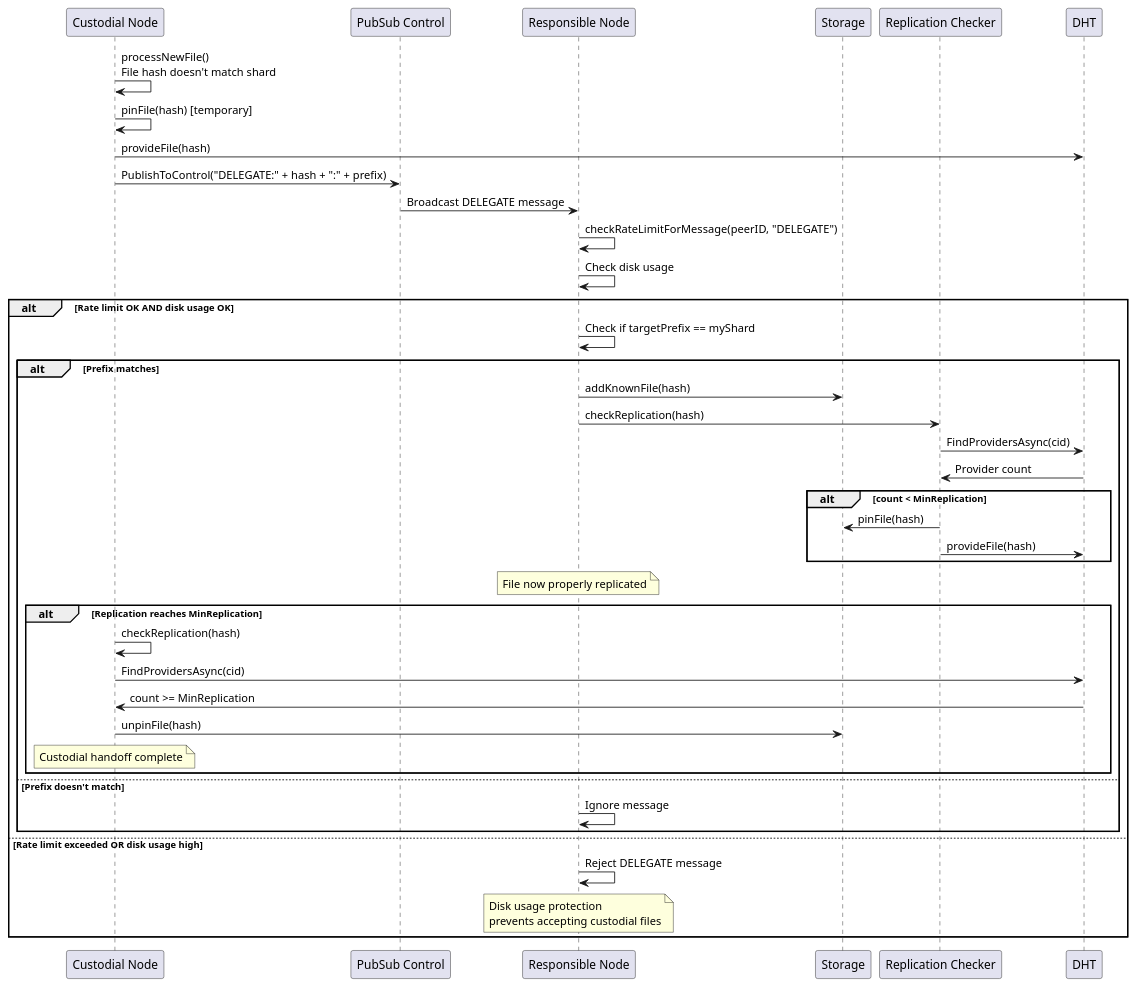
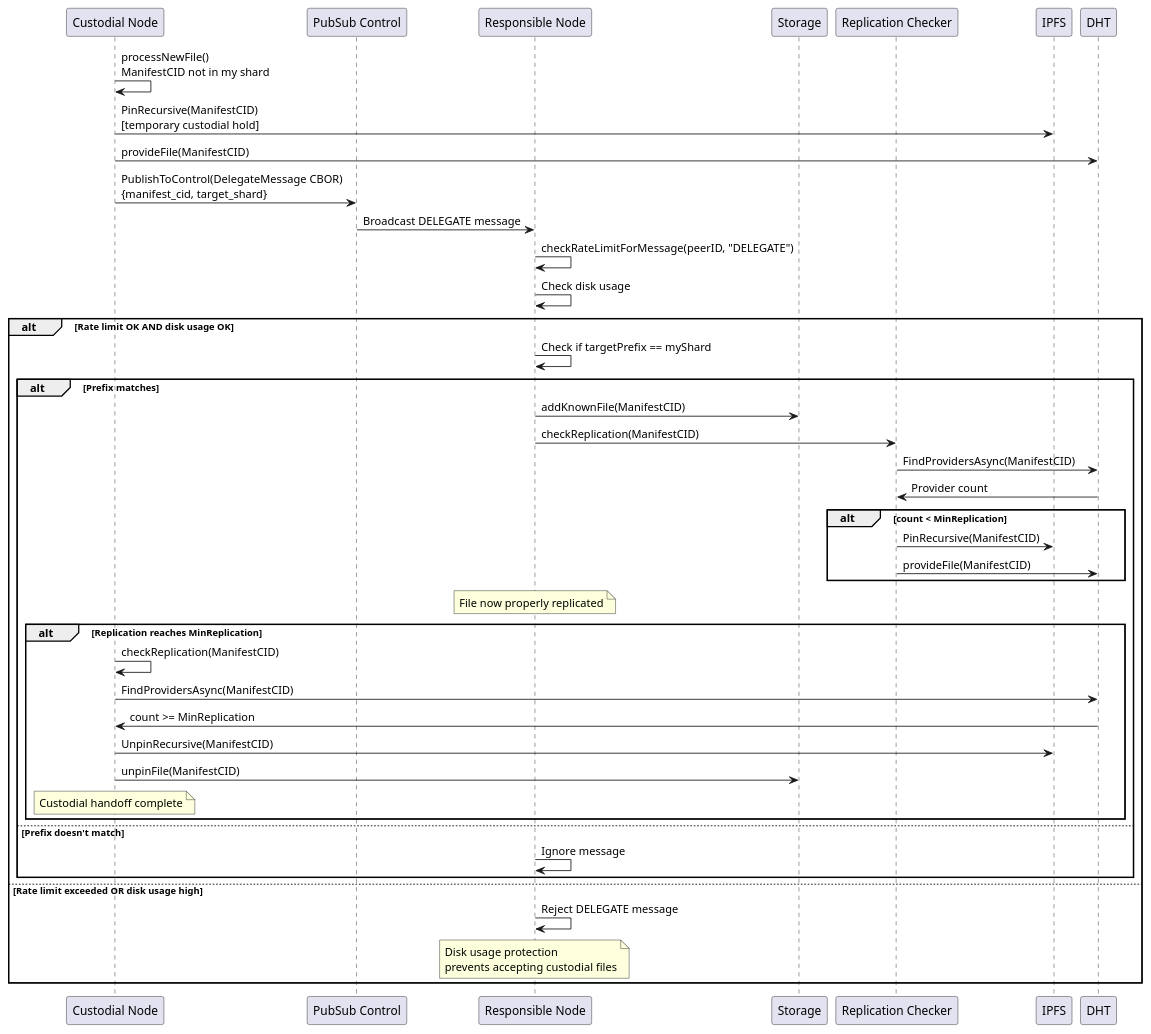
One commit to gipplab/D-LOCKSS changed the diagram in docs/delegation_sequence.puml. Above: the diagram before and after it, drawn with PlantUML. The commit also changed 36 other files, not shown here.

```diff
--- a/docs/delegation_sequence.puml
+++ b/docs/delegation_sequence.puml
@@ -1,50 +1,52 @@
 @startuml Delegation Sequence
 
 participant "Custodial Node" as Custodial
 participant "PubSub Control" as Control
 participant "Responsible Node" as Responsible
 participant "Storage" as Storage
 participant "Replication Checker" as ReplChecker
+participant "IPFS" as IPFS
 participant "DHT" as DHT
 
-Custodial -> Custodial: processNewFile()\nFile hash doesn't match shard
-Custodial -> Custodial: pinFile(hash) [temporary]
-Custodial -> DHT: provideFile(hash)
-Custodial -> Control: PublishToControl("DELEGATE:" + hash + ":" + prefix)
+Custodial -> Custodial: processNewFile()\nManifestCID not in my shard
+Custodial -> IPFS: PinRecursive(ManifestCID)\n[temporary custodial hold]
+Custodial -> DHT: provideFile(ManifestCID)
+Custodial -> Control: PublishToControl(DelegateMessage CBOR)\n{manifest_cid, target_shard}
 
 Control -> Responsible: Broadcast DELEGATE message
 Responsible -> Responsible: checkRateLimitForMessage(peerID, "DELEGATE")
 Responsible -> Responsible: Check disk usage
 
 alt Rate limit OK AND disk usage OK
     Responsible -> Responsible: Check if targetPrefix == myShard
     
     alt Prefix matches
-    Responsible -> Storage: addKnownFile(hash)
-    Responsible -> ReplChecker: checkReplication(hash)
-    ReplChecker -> DHT: FindProvidersAsync(cid)
+    Responsible -> Storage: addKnownFile(ManifestCID)
+    Responsible -> ReplChecker: checkReplication(ManifestCID)
+    ReplChecker -> DHT: FindProvidersAsync(ManifestCID)
     DHT -> ReplChecker: Provider count
     
     alt count < MinReplication
-        ReplChecker -> Storage: pinFile(hash)
-        ReplChecker -> DHT: provideFile(hash)
+        ReplChecker -> IPFS: PinRecursive(ManifestCID)
+        ReplChecker -> DHT: provideFile(ManifestCID)
     end
     
     Note over Responsible: File now properly replicated
     
     alt Replication reaches MinReplication
-        Custodial -> Custodial: checkReplication(hash)
-        Custodial -> DHT: FindProvidersAsync(cid)
+        Custodial -> Custodial: checkReplication(ManifestCID)
+        Custodial -> DHT: FindProvidersAsync(ManifestCID)
         DHT -> Custodial: count >= MinReplication
-        Custodial -> Storage: unpinFile(hash)
+        Custodial -> IPFS: UnpinRecursive(ManifestCID)
+        Custodial -> Storage: unpinFile(ManifestCID)
         Note over Custodial: Custodial handoff complete
     end
     else Prefix doesn't match
         Responsible -> Responsible: Ignore message
     end
 else Rate limit exceeded OR disk usage high
     Responsible -> Responsible: Reject DELEGATE message
     Note over Responsible: Disk usage protection\nprevents accepting custodial files
 end
 
 @enduml
```
